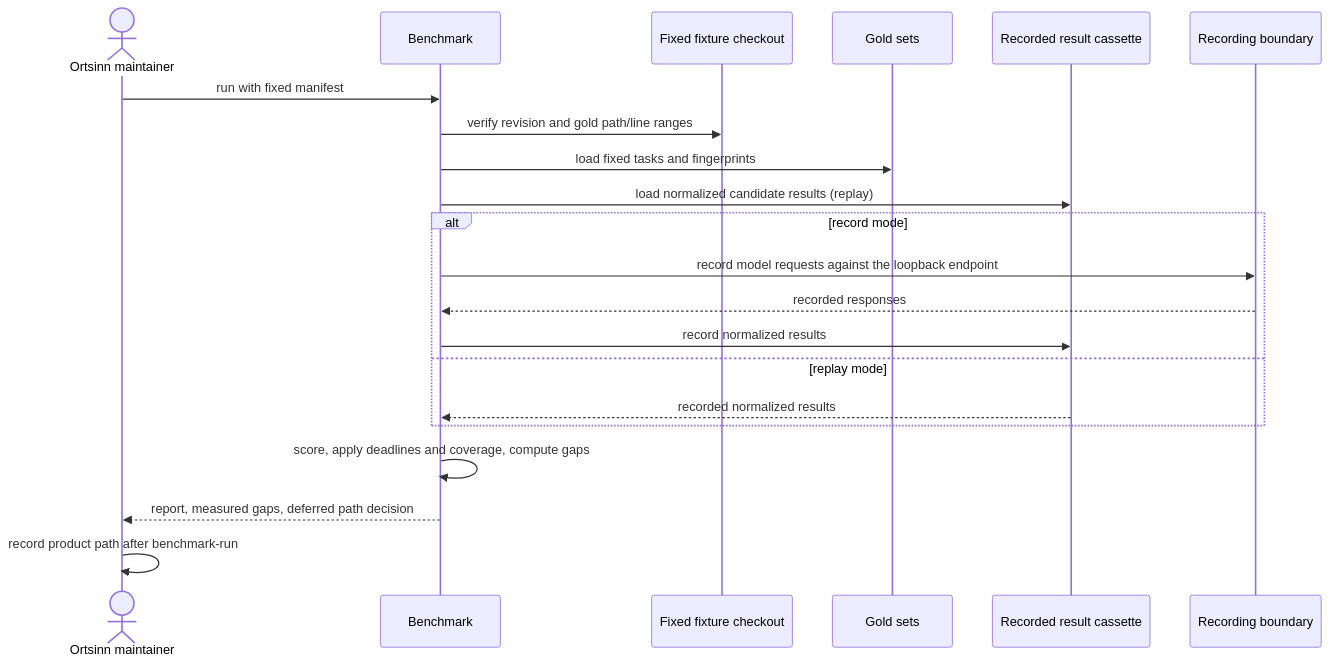
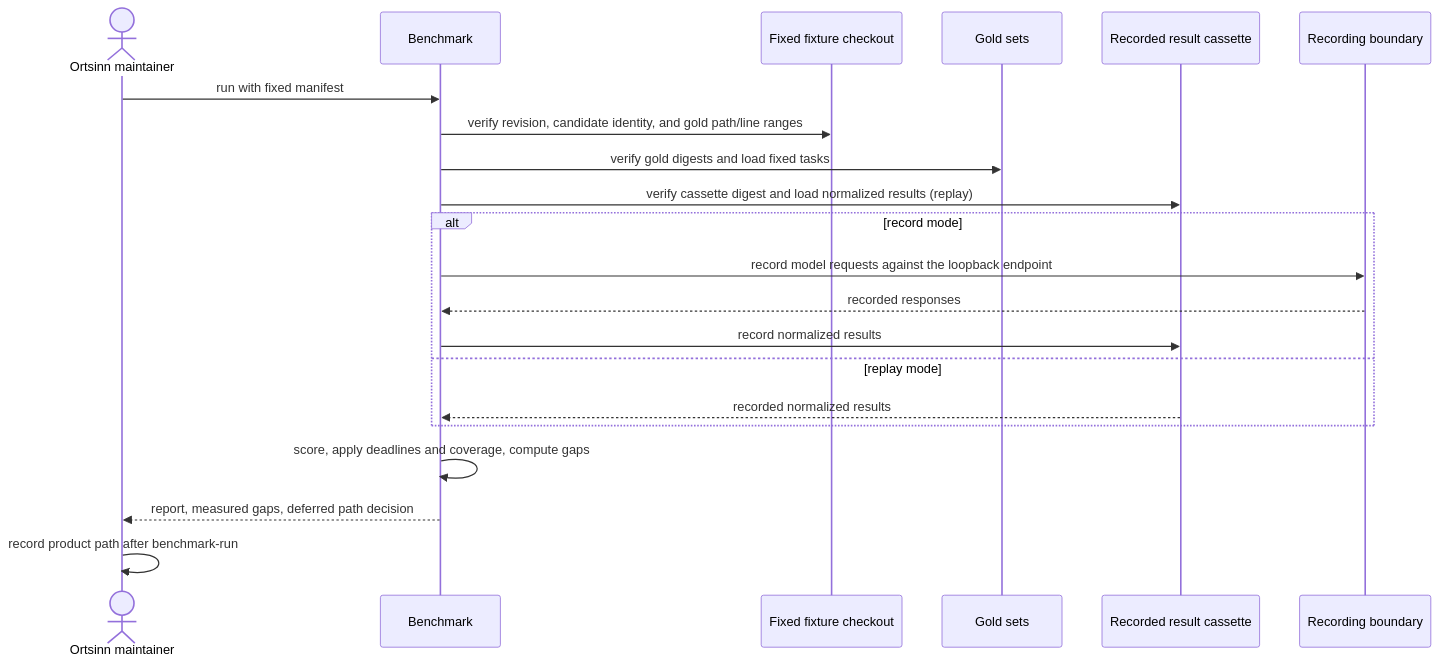
Before and after one commit to kressnerd/ortsinn: the diagram in givn/changes/benchmark-gate/specs/benchmark-comparison/usecase.md, drawn with Mermaid. The commit also changed other lines of this file and 10 other files, not shown here.

````diff
--- a/givn/changes/benchmark-gate/specs/benchmark-comparison/usecase.md
+++ b/givn/changes/benchmark-gate/specs/benchmark-comparison/usecase.md
@@ -186,23 +200,23 @@
 ```mermaid
 sequenceDiagram
     actor M as Ortsinn maintainer
     participant B as Benchmark
     participant F as Fixed fixture checkout
     participant G as Gold sets
     participant C as Recorded result cassette
     participant P as Recording boundary
     M->>B: run with fixed manifest
-    B->>F: verify revision and gold path/line ranges
-    B->>G: load fixed tasks and fingerprints
-    B->>C: load normalized candidate results (replay)
+    B->>F: verify revision, candidate identity, and gold path/line ranges
+    B->>G: verify gold digests and load fixed tasks
+    B->>C: verify cassette digest and load normalized results (replay)
     alt record mode
         B->>P: record model requests against the loopback endpoint
         P-->>B: recorded responses
         B->>C: record normalized results
     else replay mode
         C-->>B: recorded normalized results
     end
     B->>B: score, apply deadlines and coverage, compute gaps
     B-->>M: report, measured gaps, deferred path decision
     M->>M: record product path after benchmark-run
 ```
````
